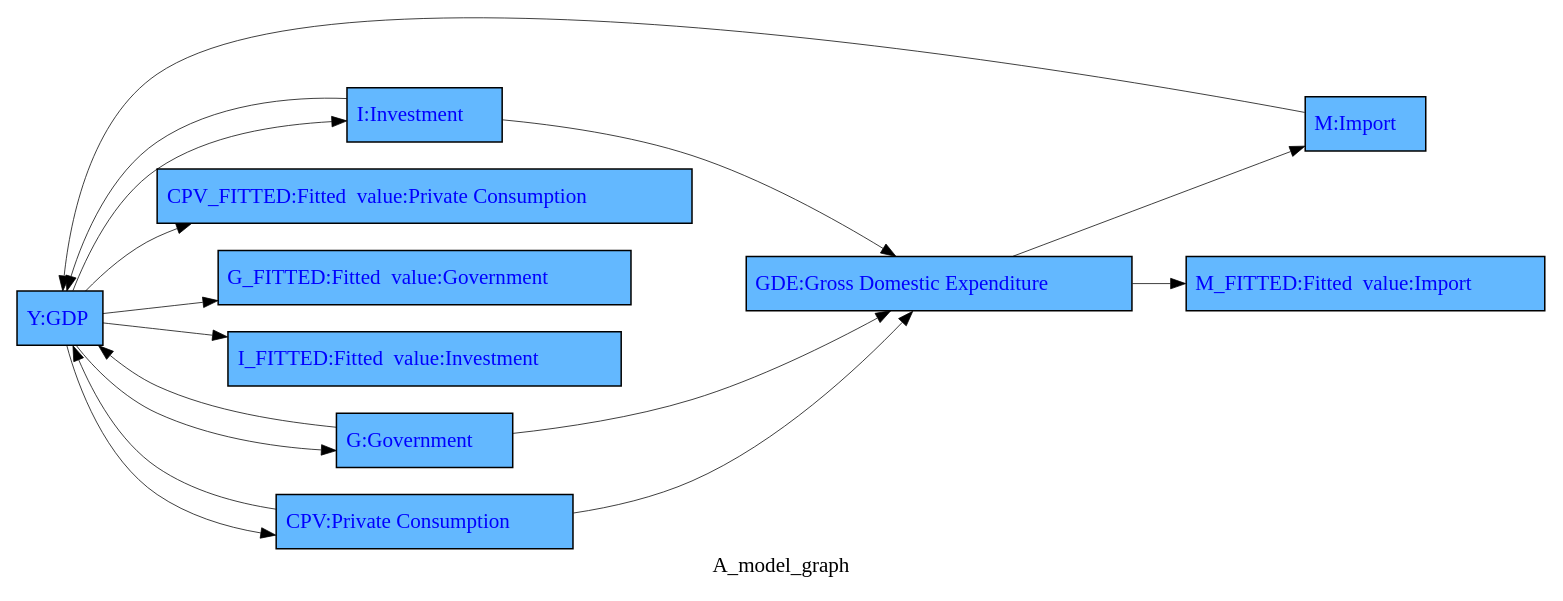
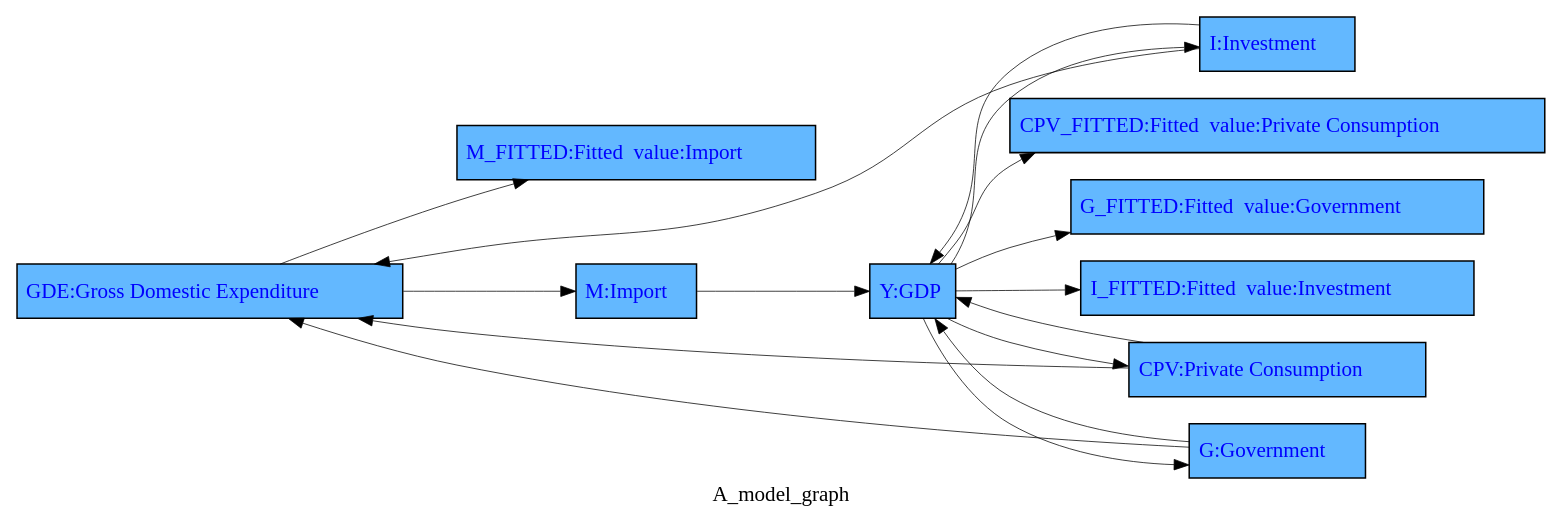
One commit to IbHansen/modelflow-manual changed the diagram in working_paper/thebook/content/howto/smallmodel/graph/A_model_graph.gv. Above: the diagram before and after it, drawn with Graphviz. The commit also changed 36 other files, not shown here.

```diff
--- a/working_paper/thebook/content/howto/smallmodel/graph/A_model_graph.gv
+++ b/working_paper/thebook/content/howto/smallmodel/graph/A_model_graph.gv
@@ -1,30 +1,30 @@
 digraph TD { rankdir ="LR" 
 {node  [margin=0.025 fontcolor=blue style=filled ] 
- "CPV_FITTED" [ shape=box fillcolor= steelblue1 tooltip="Fitted  value:Private Consumption&#10;FRML &lt;FIT&gt; CPV_FITTED = CPV(-1)*EXP( (-C2_CPV*(LOG(CPV(-1))-LOG(Y(-1))-C1_CPV)+C3_CPV*((LOG(Y))-(LOG(Y(-1))))) )&#36;"  margin=0.025 fontcolor=blue style = filled  label=<<TABLE BORDER='0' CELLBORDER = '0' style = "filled"  > <TR><TD tooltip="Fitted  value:Private Consumption&#10;FRML &lt;FIT&gt; CPV_FITTED = CPV(-1)*EXP( (-C2_CPV*(LOG(CPV(-1))-LOG(Y(-1))-C1_CPV)+C3_CPV*((LOG(Y))-(LOG(Y(-1))))) )&#36;">CPV_FITTED:Fitted  value:Private Consumption</TD></TR> </TABLE>> ]
+ "M_FITTED" [ shape=box fillcolor= steelblue1 tooltip="Fitted  value:Import&#10;FRML &lt;FIT&gt; M_FITTED = M(-1)*EXP( (-C2_M*(LOG(M(-1))-LOG(GDE(-1))-C1_M)+C3_M*((LOG(GDE))-(LOG(GDE(-1))))) )&#36;"  margin=0.025 fontcolor=blue style = filled  label=<<TABLE BORDER='0' CELLBORDER = '0' style = "filled"  > <TR><TD tooltip="Fitted  value:Import&#10;FRML &lt;FIT&gt; M_FITTED = M(-1)*EXP( (-C2_M*(LOG(M(-1))-LOG(GDE(-1))-C1_M)+C3_M*((LOG(GDE))-(LOG(GDE(-1))))) )&#36;">M_FITTED:Fitted  value:Import</TD></TR> </TABLE>> ]
 "I" [ shape=box fillcolor= steelblue1 tooltip="Investment&#10;FRML &lt;FIXABLE, DAMP&gt; I = (I(-1)*EXP(I_A+ (-C2_I*(LOG(I(-1))-LOG(Y(-1)-G(-1))-C1_I)+C3_I*((LOG(Y))-(LOG(Y(-1))))) )) * (1-I_D)+ I_X*I_D &#36;"  margin=0.025 fontcolor=blue style = filled  label=<<TABLE BORDER='0' CELLBORDER = '0' style = "filled"  > <TR><TD tooltip="Investment&#10;FRML &lt;FIXABLE, DAMP&gt; I = (I(-1)*EXP(I_A+ (-C2_I*(LOG(I(-1))-LOG(Y(-1)-G(-1))-C1_I)+C3_I*((LOG(Y))-(LOG(Y(-1))))) )) * (1-I_D)+ I_X*I_D &#36;">I:Investment</TD></TR> </TABLE>> ]
+"CPV_FITTED" [ shape=box fillcolor= steelblue1 tooltip="Fitted  value:Private Consumption&#10;FRML &lt;FIT&gt; CPV_FITTED = CPV(-1)*EXP( (-C2_CPV*(LOG(CPV(-1))-LOG(Y(-1))-C1_CPV)+C3_CPV*((LOG(Y))-(LOG(Y(-1))))) )&#36;"  margin=0.025 fontcolor=blue style = filled  label=<<TABLE BORDER='0' CELLBORDER = '0' style = "filled"  > <TR><TD tooltip="Fitted  value:Private Consumption&#10;FRML &lt;FIT&gt; CPV_FITTED = CPV(-1)*EXP( (-C2_CPV*(LOG(CPV(-1))-LOG(Y(-1))-C1_CPV)+C3_CPV*((LOG(Y))-(LOG(Y(-1))))) )&#36;">CPV_FITTED:Fitted  value:Private Consumption</TD></TR> </TABLE>> ]
+"CPV" [ shape=box fillcolor= steelblue1 tooltip="Private Consumption&#10;FRML &lt;FIXABLE, DAMP&gt; CPV = (CPV(-1)*EXP(CPV_A+ (-C2_CPV*(LOG(CPV(-1))-LOG(Y(-1))-C1_CPV)+C3_CPV*((LOG(Y))-(LOG(Y(-1))))) )) * (1-CPV_D)+ CPV_X*CPV_D &#36;"  margin=0.025 fontcolor=blue style = filled  label=<<TABLE BORDER='0' CELLBORDER = '0' style = "filled"  > <TR><TD tooltip="Private Consumption&#10;FRML &lt;FIXABLE, DAMP&gt; CPV = (CPV(-1)*EXP(CPV_A+ (-C2_CPV*(LOG(CPV(-1))-LOG(Y(-1))-C1_CPV)+C3_CPV*((LOG(Y))-(LOG(Y(-1))))) )) * (1-CPV_D)+ CPV_X*CPV_D &#36;">CPV:Private Consumption</TD></TR> </TABLE>> ]
+"Y" [ shape=box fillcolor= steelblue1 tooltip="GDP&#10;FRML &lt;IDENT&gt; Y = CPV+I+G+X-M+YDISC&#36;"  margin=0.025 fontcolor=blue style = filled  label=<<TABLE BORDER='0' CELLBORDER = '0' style = "filled"  > <TR><TD tooltip="GDP&#10;FRML &lt;IDENT&gt; Y = CPV+I+G+X-M+YDISC&#36;">Y:GDP</TD></TR> </TABLE>> ]
 "GDE" [ shape=box fillcolor= steelblue1 tooltip="Gross Domestic Expenditure&#10;FRML &lt;IDENT&gt; GDE = CPV+I+G&#36;"  margin=0.025 fontcolor=blue style = filled  label=<<TABLE BORDER='0' CELLBORDER = '0' style = "filled"  > <TR><TD tooltip="Gross Domestic Expenditure&#10;FRML &lt;IDENT&gt; GDE = CPV+I+G&#36;">GDE:Gross Domestic Expenditure</TD></TR> </TABLE>> ]
+"M" [ shape=box fillcolor= steelblue1 tooltip="Import&#10;FRML &lt;FIXABLE, DAMP&gt; M = (M(-1)*EXP(M_A+ (-C2_M*(LOG(M(-1))-LOG(GDE(-1))-C1_M)+C3_M*((LOG(GDE))-(LOG(GDE(-1))))) )) * (1-M_D)+ M_X*M_D &#36;"  margin=0.025 fontcolor=blue style = filled  label=<<TABLE BORDER='0' CELLBORDER = '0' style = "filled"  > <TR><TD tooltip="Import&#10;FRML &lt;FIXABLE, DAMP&gt; M = (M(-1)*EXP(M_A+ (-C2_M*(LOG(M(-1))-LOG(GDE(-1))-C1_M)+C3_M*((LOG(GDE))-(LOG(GDE(-1))))) )) * (1-M_D)+ M_X*M_D &#36;">M:Import</TD></TR> </TABLE>> ]
+"G" [ shape=box fillcolor= steelblue1 tooltip="Government&#10;FRML &lt;FIXABLE, DAMP&gt; G = (G(-1)*EXP(G_A+ (-C2_G*(LOG(G(-1))-LOG(Y(-1))-C1_G)+C3_G*((LOG(Y))-(LOG(Y(-1))))) )) * (1-G_D)+ G_X*G_D &#36;"  margin=0.025 fontcolor=blue style = filled  label=<<TABLE BORDER='0' CELLBORDER = '0' style = "filled"  > <TR><TD tooltip="Government&#10;FRML &lt;FIXABLE, DAMP&gt; G = (G(-1)*EXP(G_A+ (-C2_G*(LOG(G(-1))-LOG(Y(-1))-C1_G)+C3_G*((LOG(Y))-(LOG(Y(-1))))) )) * (1-G_D)+ G_X*G_D &#36;">G:Government</TD></TR> </TABLE>> ]
 "G_FITTED" [ shape=box fillcolor= steelblue1 tooltip="Fitted  value:Government&#10;FRML &lt;FIT&gt; G_FITTED = G(-1)*EXP( (-C2_G*(LOG(G(-1))-LOG(Y(-1))-C1_G)+C3_G*((LOG(Y))-(LOG(Y(-1))))) )&#36;"  margin=0.025 fontcolor=blue style = filled  label=<<TABLE BORDER='0' CELLBORDER = '0' style = "filled"  > <TR><TD tooltip="Fitted  value:Government&#10;FRML &lt;FIT&gt; G_FITTED = G(-1)*EXP( (-C2_G*(LOG(G(-1))-LOG(Y(-1))-C1_G)+C3_G*((LOG(Y))-(LOG(Y(-1))))) )&#36;">G_FITTED:Fitted  value:Government</TD></TR> </TABLE>> ]
-"M" [ shape=box fillcolor= steelblue1 tooltip="Import&#10;FRML &lt;FIXABLE, DAMP&gt; M = (M(-1)*EXP(M_A+ (-C2_M*(LOG(M(-1))-LOG(GDE(-1))-C1_M)+C3_M*((LOG(GDE))-(LOG(GDE(-1))))) )) * (1-M_D)+ M_X*M_D &#36;"  margin=0.025 fontcolor=blue style = filled  label=<<TABLE BORDER='0' CELLBORDER = '0' style = "filled"  > <TR><TD tooltip="Import&#10;FRML &lt;FIXABLE, DAMP&gt; M = (M(-1)*EXP(M_A+ (-C2_M*(LOG(M(-1))-LOG(GDE(-1))-C1_M)+C3_M*((LOG(GDE))-(LOG(GDE(-1))))) )) * (1-M_D)+ M_X*M_D &#36;">M:Import</TD></TR> </TABLE>> ]
-"Y" [ shape=box fillcolor= steelblue1 tooltip="GDP&#10;FRML &lt;IDENT&gt; Y = CPV+I+G+X-M+YDISC&#36;"  margin=0.025 fontcolor=blue style = filled  label=<<TABLE BORDER='0' CELLBORDER = '0' style = "filled"  > <TR><TD tooltip="GDP&#10;FRML &lt;IDENT&gt; Y = CPV+I+G+X-M+YDISC&#36;">Y:GDP</TD></TR> </TABLE>> ]
-"I_FITTED" [ shape=box fillcolor= steelblue1 tooltip="Fitted  value:Investment&#10;FRML &lt;FIT&gt; I_FITTED = I(-1)*EXP( (-C2_I*(LOG(I(-1))-LOG(Y(-1)-G(-1))-C1_I)+C3_I*((LOG(Y))-(LOG(Y(-1))))) )&#36;"  margin=0.025 fontcolor=blue style = filled  label=<<TABLE BORDER='0' CELLBORDER = '0' style = "filled"  > <TR><TD tooltip="Fitted  value:Investment&#10;FRML &lt;FIT&gt; I_FITTED = I(-1)*EXP( (-C2_I*(LOG(I(-1))-LOG(Y(-1)-G(-1))-C1_I)+C3_I*((LOG(Y))-(LOG(Y(-1))))) )&#36;">I_FITTED:Fitted  value:Investment</TD></TR> </TABLE>> ]
-"G" [ shape=box fillcolor= steelblue1 tooltip="Government&#10;FRML &lt;FIXABLE, DAMP&gt; G = (G(-1)*EXP(G_A+ (-C2_G*(LOG(G(-1))-LOG(Y(-1))-C1_G)+C3_G*((LOG(Y))-(LOG(Y(-1))))) )) * (1-G_D)+ G_X*G_D &#36;"  margin=0.025 fontcolor=blue style = filled  label=<<TABLE BORDER='0' CELLBORDER = '0' style = "filled"  > <TR><TD tooltip="Government&#10;FRML &lt;FIXABLE, DAMP&gt; G = (G(-1)*EXP(G_A+ (-C2_G*(LOG(G(-1))-LOG(Y(-1))-C1_G)+C3_G*((LOG(Y))-(LOG(Y(-1))))) )) * (1-G_D)+ G_X*G_D &#36;">G:Government</TD></TR> </TABLE>> ]
-"CPV" [ shape=box fillcolor= steelblue1 tooltip="Private Consumption&#10;FRML &lt;FIXABLE, DAMP&gt; CPV = (CPV(-1)*EXP(CPV_A+ (-C2_CPV*(LOG(CPV(-1))-LOG(Y(-1))-C1_CPV)+C3_CPV*((LOG(Y))-(LOG(Y(-1))))) )) * (1-CPV_D)+ CPV_X*CPV_D &#36;"  margin=0.025 fontcolor=blue style = filled  label=<<TABLE BORDER='0' CELLBORDER = '0' style = "filled"  > <TR><TD tooltip="Private Consumption&#10;FRML &lt;FIXABLE, DAMP&gt; CPV = (CPV(-1)*EXP(CPV_A+ (-C2_CPV*(LOG(CPV(-1))-LOG(Y(-1))-C1_CPV)+C3_CPV*((LOG(Y))-(LOG(Y(-1))))) )) * (1-CPV_D)+ CPV_X*CPV_D &#36;">CPV:Private Consumption</TD></TR> </TABLE>> ]
-"M_FITTED" [ shape=box fillcolor= steelblue1 tooltip="Fitted  value:Import&#10;FRML &lt;FIT&gt; M_FITTED = M(-1)*EXP( (-C2_M*(LOG(M(-1))-LOG(GDE(-1))-C1_M)+C3_M*((LOG(GDE))-(LOG(GDE(-1))))) )&#36;"  margin=0.025 fontcolor=blue style = filled  label=<<TABLE BORDER='0' CELLBORDER = '0' style = "filled"  > <TR><TD tooltip="Fitted  value:Import&#10;FRML &lt;FIT&gt; M_FITTED = M(-1)*EXP( (-C2_M*(LOG(M(-1))-LOG(GDE(-1))-C1_M)+C3_M*((LOG(GDE))-(LOG(GDE(-1))))) )&#36;">M_FITTED:Fitted  value:Import</TD></TR> </TABLE>> ] 
+"I_FITTED" [ shape=box fillcolor= steelblue1 tooltip="Fitted  value:Investment&#10;FRML &lt;FIT&gt; I_FITTED = I(-1)*EXP( (-C2_I*(LOG(I(-1))-LOG(Y(-1)-G(-1))-C1_I)+C3_I*((LOG(Y))-(LOG(Y(-1))))) )&#36;"  margin=0.025 fontcolor=blue style = filled  label=<<TABLE BORDER='0' CELLBORDER = '0' style = "filled"  > <TR><TD tooltip="Fitted  value:Investment&#10;FRML &lt;FIT&gt; I_FITTED = I(-1)*EXP( (-C2_I*(LOG(I(-1))-LOG(Y(-1)-G(-1))-C1_I)+C3_I*((LOG(Y))-(LOG(Y(-1))))) )&#36;">I_FITTED:Fitted  value:Investment</TD></TR> </TABLE>> ] 
 } 
+"Y" -> "I" [ style = filled tooltip=NA href="bogus" penwidth = 0.5 ]
+"Y" -> "G_FITTED" [ style = filled tooltip=NA href="bogus" penwidth = 0.5 ]
+"Y" -> "I_FITTED" [ style = filled tooltip=NA href="bogus" penwidth = 0.5 ]
+"Y" -> "CPV_FITTED" [ style = filled tooltip=NA href="bogus" penwidth = 0.5 ]
+"G" -> "GDE" [ style = filled tooltip=NA href="bogus" penwidth = 0.5 ]
+"GDE" -> "M" [ style = filled tooltip=NA href="bogus" penwidth = 0.5 ]
+"G" -> "Y" [ style = filled tooltip=NA href="bogus" penwidth = 0.5 ]
+"Y" -> "CPV" [ style = filled tooltip=NA href="bogus" penwidth = 0.5 ]
+"I" -> "GDE" [ style = filled tooltip=NA href="bogus" penwidth = 0.5 ]
+"M" -> "Y" [ style = filled tooltip=NA href="bogus" penwidth = 0.5 ]
+"CPV" -> "GDE" [ style = filled tooltip=NA href="bogus" penwidth = 0.5 ]
+"I" -> "Y" [ style = filled tooltip=NA href="bogus" penwidth = 0.5 ]
 "GDE" -> "M_FITTED" [ style = filled tooltip=NA href="bogus" penwidth = 0.5 ]
-"G" -> "GDE" [ style = filled tooltip=NA href="bogus" penwidth = 0.5 ]
-"Y" -> "I_FITTED" [ style = filled tooltip=NA href="bogus" penwidth = 0.5 ]
-"Y" -> "I" [ style = filled tooltip=NA href="bogus" penwidth = 0.5 ]
-"M" -> "Y" [ style = filled tooltip=NA href="bogus" penwidth = 0.5 ]
-"G" -> "Y" [ style = filled tooltip=NA href="bogus" penwidth = 0.5 ]
+"CPV" -> "Y" [ style = filled tooltip=NA href="bogus" penwidth = 0.5 ]
 "Y" -> "G" [ style = filled tooltip=NA href="bogus" penwidth = 0.5 ]
-"I" -> "GDE" [ style = filled tooltip=NA href="bogus" penwidth = 0.5 ]
-"Y" -> "CPV_FITTED" [ style = filled tooltip=NA href="bogus" penwidth = 0.5 ]
-"CPV" -> "GDE" [ style = filled tooltip=NA href="bogus" penwidth = 0.5 ]
-"Y" -> "CPV" [ style = filled tooltip=NA href="bogus" penwidth = 0.5 ]
-"I" -> "Y" [ style = filled tooltip=NA href="bogus" penwidth = 0.5 ]
-"Y" -> "G_FITTED" [ style = filled tooltip=NA href="bogus" penwidth = 0.5 ]
-"GDE" -> "M" [ style = filled tooltip=NA href="bogus" penwidth = 0.5 ]
-"CPV" -> "Y" [ style = filled tooltip=NA href="bogus" penwidth = 0.5 ]
  label = "A_model_graph";
 }
```
